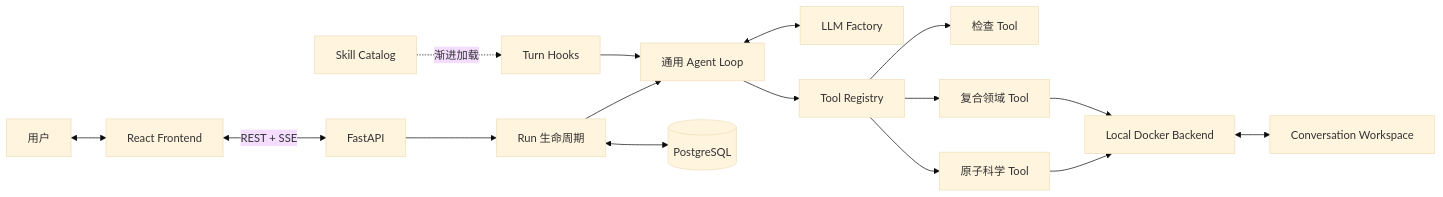
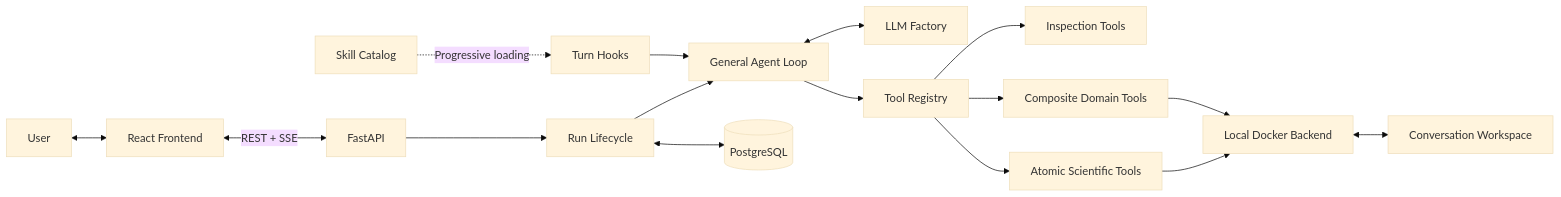
One commit to parkavenue9639/OmniCell-Agent changed the diagram in README.md. Above: the diagram before and after it, drawn with Mermaid (base theme). The commit also changed other lines of this file and 1 other file, not shown here.

````diff
--- a/README.md
+++ b/README.md
@@ -38,18 +125,18 @@
 ```mermaid
 flowchart LR
-    User["用户"] <--> Web["React Frontend"]
+    User["User"] <--> Web["React Frontend"]
     Web <-->|"REST + SSE"| API["FastAPI"]
-    API --> Run["Run 生命周期"]
-    Run --> Loop["通用 Agent Loop"]
+    API --> Run["Run Lifecycle"]
+    Run --> Loop["General Agent Loop"]
     Loop <--> LLM["LLM Factory"]
     Hooks["Turn Hooks"] --> Loop
-    Skills["Skill Catalog"] -. "渐进加载" .-> Hooks
+    Skills["Skill Catalog"] -. "Progressive loading" .-> Hooks
     Loop --> Tools["Tool Registry"]
-    Tools --> Inspect["检查 Tool"]
-    Tools --> Atomic["原子科学 Tool"]
-    Tools --> Composite["复合领域 Tool"]
+    Tools --> Inspect["Inspection Tools"]
+    Tools --> Atomic["Atomic Scientific Tools"]
+    Tools --> Composite["Composite Domain Tools"]
     Atomic --> Docker["Local Docker Backend"]
     Composite --> Docker
     Run <--> PG[("PostgreSQL")]
     Docker <--> Workspace["Conversation Workspace"]
 ```
````
